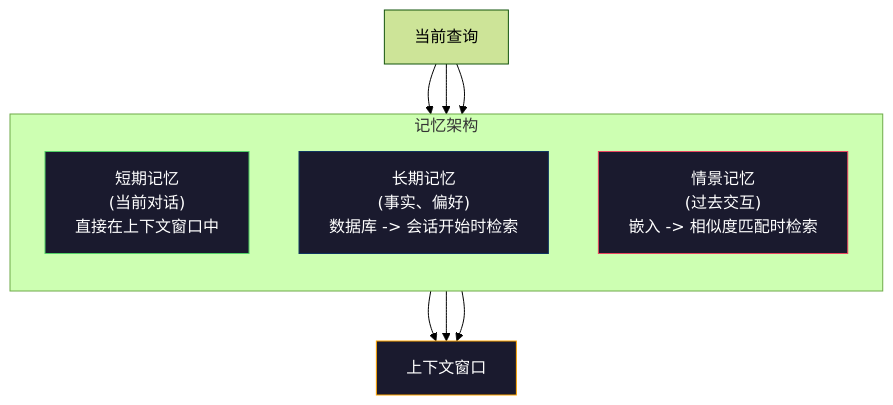
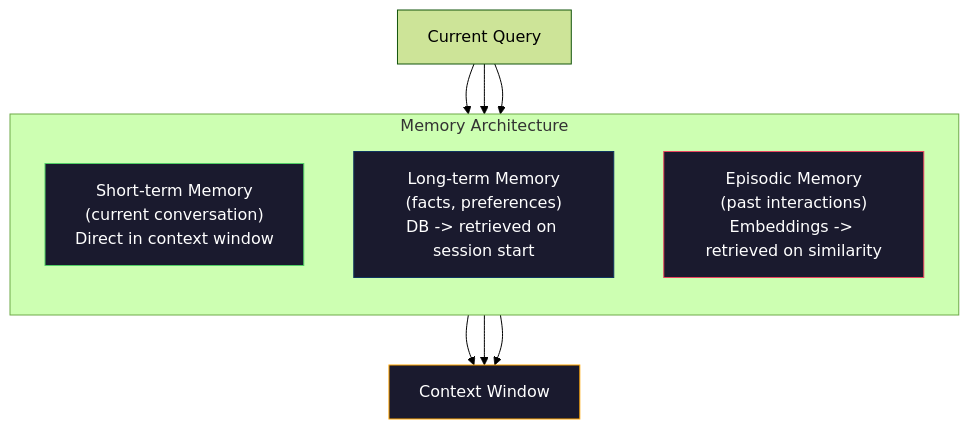
Before and after one commit to xiaojiaenen/ai-engineering-from-scratch-zh: the third of 3 diagrams in i18n/zh/phases/11-llm-engineering/05-context-engineering/docs/zh.md, drawn with Mermaid (forest theme). The commit also changed other lines of this file and 17 other files, not shown here.

````diff
--- a/i18n/zh/phases/11-llm-engineering/05-context-engineering/docs/zh.md
+++ b/i18n/zh/phases/11-llm-engineering/05-context-engineering/docs/zh.md
@@ -124,22 +124,22 @@
 ```mermaid
 graph TD
-    subgraph Memory["记忆架构"]
+    subgraph Memory["Memory Architecture"]
         direction TB
-        STM["短期记忆\n(当前对话)\n直接在上下文窗口中"]
-        LTM["长期记忆\n(事实、偏好)\n数据库 -> 会话开始时检索"]
-        EM["情景记忆\n(过去交互)\n嵌入 -> 相似度匹配时检索"]
+        STM["Short-term Memory\n(current conversation)\nDirect in context window"]
+        LTM["Long-term Memory\n(facts, preferences)\nDB -> retrieved on session start"]
+        EM["Episodic Memory\n(past interactions)\nEmbeddings -> retrieved on similarity"]
     end
 
-    Q["当前查询"] --> STM
+    Q["Current Query"] --> STM
     Q --> LTM
     Q --> EM
 
-    STM --> CW["上下文窗口"]
+    STM --> CW["Context Window"]
     LTM --> CW
     EM --> CW
 
     style STM fill:#1a1a2e,stroke:#51cf66,color:#fff
     style LTM fill:#1a1a2e,stroke:#0f3460,color:#fff
     style EM fill:#1a1a2e,stroke:#e94560,color:#fff
     style CW fill:#1a1a2e,stroke:#ffa500,color:#fff
 ```
````
